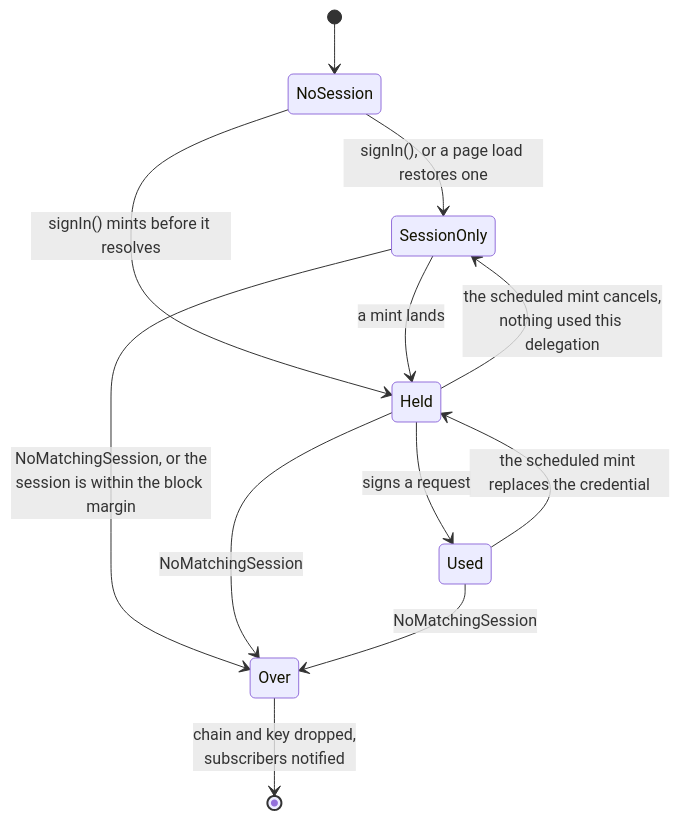
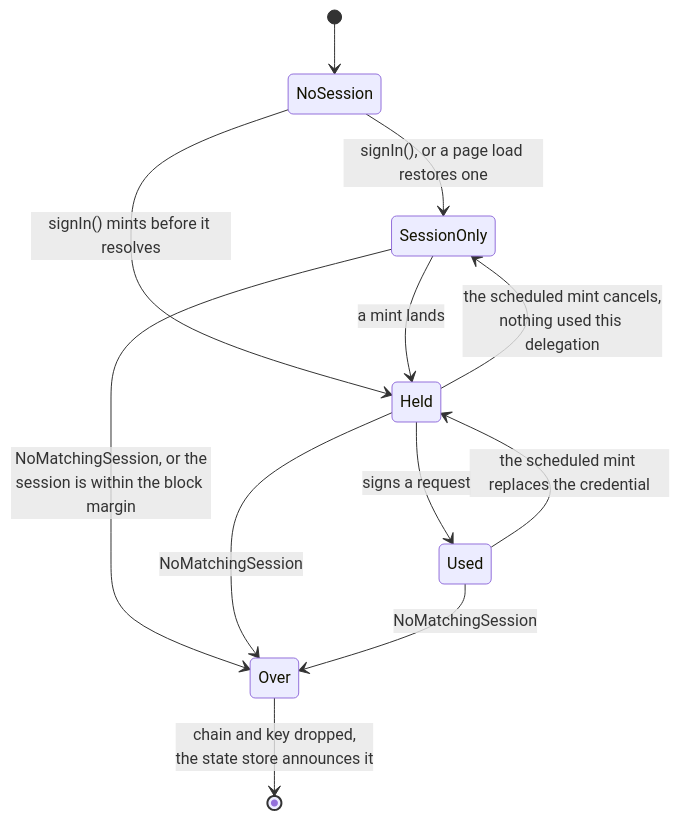
Before and after one commit to dfinity/internet-identity: the second of 3 diagrams in docs/ongoing/client-app-sessions-spec.md, drawn with Mermaid. The commit also changed other lines of this file and 1 other file, not shown here.

````diff
--- a/docs/ongoing/client-app-sessions-spec.md
+++ b/docs/ongoing/client-app-sessions-spec.md
@@ -226,14 +228,14 @@
 ```mermaid
 stateDiagram-v2
     [*] --> NoSession
     NoSession --> SessionOnly: signIn(), or a page load restores one
     NoSession --> Held: signIn() mints before it resolves
     SessionOnly --> Held: a mint lands
     Held --> Used: signs a request
     Used --> Held: the scheduled mint replaces the credential
     Held --> SessionOnly: the scheduled mint cancels,<br/>nothing used this delegation
     SessionOnly --> Over: NoMatchingSession, or the<br/>session is within the block margin
     Held --> Over: NoMatchingSession
     Used --> Over: NoMatchingSession
-    Over --> [*]: chain and key dropped,<br/>subscribers notified
+    Over --> [*]: chain and key dropped,<br/>the state store announces it
 ```
````
